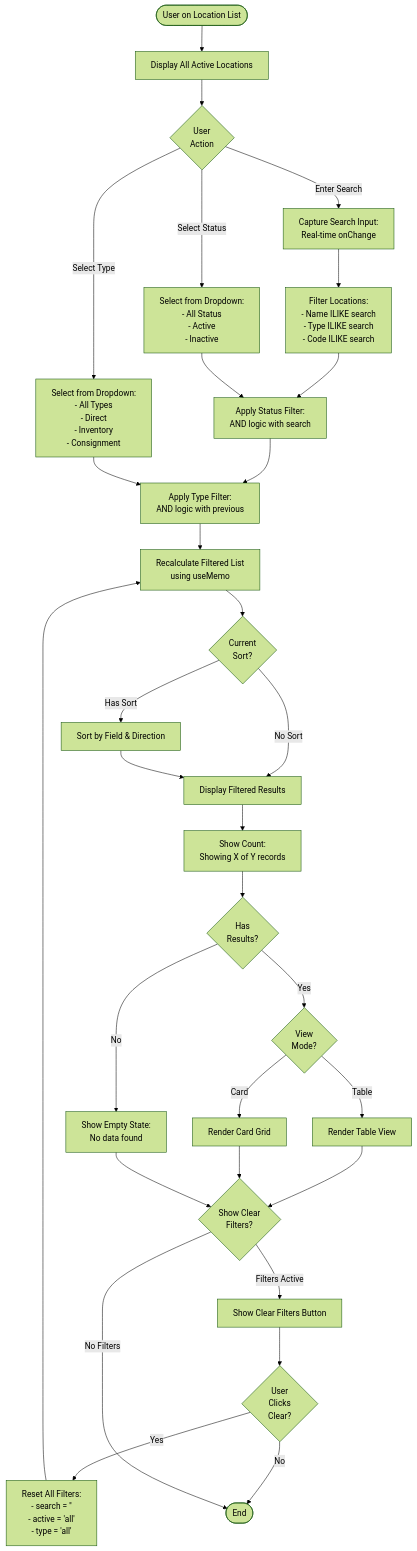
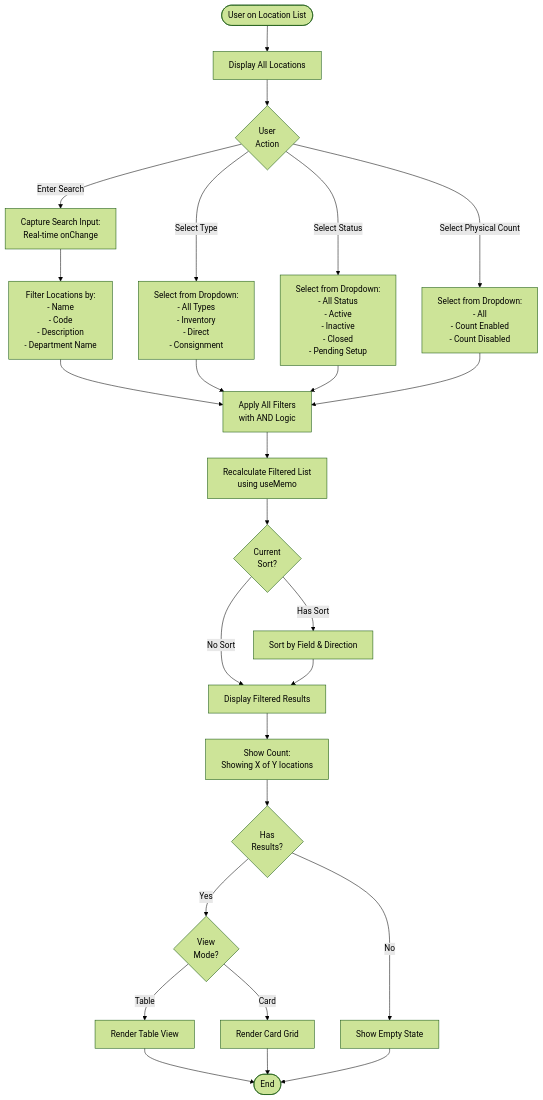
Before and after one commit to CarmenSoftware-organization/carmen: the fifth of 12 diagrams in docs/app/system-administration/location-management/FD-location-management.md, drawn with Mermaid (forest theme). The commit also changed other lines of this file and 1788 other files, not shown here.

````diff
--- a/docs/app/system-administration/location-management/FD-location-management.md
+++ b/docs/app/system-administration/location-management/FD-location-management.md
@@ -205,45 +160,40 @@
 ```mermaid
 flowchart TD
-    Start([User on Location List]) --> InitialDisplay[Display All Active Locations]
+    Start([User on Location List]) --> InitialDisplay[Display All Locations]
 
     InitialDisplay --> SearchAction{User<br/>Action}
 
     SearchAction -->|Enter Search| CaptureSearch[Capture Search Input:<br/>Real-time onChange]
-    CaptureSearch --> FilterBySearch[Filter Locations:<br/>- Name ILIKE search<br/>- Type ILIKE search<br/>- Code ILIKE search]
-    FilterBySearch --> ApplyStatus
+    CaptureSearch --> FilterBySearch[Filter Locations by:<br/>- Name<br/>- Code<br/>- Description<br/>- Department Name]
+    FilterBySearch --> ApplyOtherFilters
 
-    SearchAction -->|Select Status| SelectStatus[Select from Dropdown:<br/>- All Status<br/>- Active<br/>- Inactive]
-    SelectStatus --> ApplyStatus[Apply Status Filter:<br/>AND logic with search]
-    ApplyStatus --> ApplyType
+    SearchAction -->|Select Type| SelectType[Select from Dropdown:<br/>- All Types<br/>- Inventory<br/>- Direct<br/>- Consignment]
+    SelectType --> ApplyOtherFilters
 
-    SearchAction -->|Select Type| SelectType[Select from Dropdown:<br/>- All Types<br/>- Direct<br/>- Inventory<br/>- Consignment]
-    SelectType --> ApplyType[Apply Type Filter:<br/>AND logic with previous]
+    SearchAction -->|Select Status| SelectStatus[Select from Dropdown:<br/>- All Status<br/>- Active<br/>- Inactive<br/>- Closed<br/>- Pending Setup]
+    SelectStatus --> ApplyOtherFilters
 
-    ApplyType --> RecalculateResults[Recalculate Filtered List<br/>using useMemo]
+    SearchAction -->|Select Physical Count| SelectCount[Select from Dropdown:<br/>- All<br/>- Count Enabled<br/>- Count Disabled]
+    SelectCount --> ApplyOtherFilters
+
+    ApplyOtherFilters[Apply All Filters<br/>with AND Logic]
+    ApplyOtherFilters --> RecalculateResults[Recalculate Filtered List<br/>using useMemo]
+
     RecalculateResults --> ApplySort{Current<br/>Sort?}
-
     ApplySort -->|Has Sort| SortResults[Sort by Field & Direction]
     ApplySort -->|No Sort| DisplayResults
     SortResults --> DisplayResults[Display Filtered Results]
 
-    DisplayResults --> ShowCount[Show Count:<br/>Showing X of Y records]
+    DisplayResults --> ShowCount[Show Count:<br/>Showing X of Y locations]
     ShowCount --> HasResults{Has<br/>Results?}
 
     HasResults -->|Yes| RenderView{View<br/>Mode?}
     RenderView -->|Table| ShowTable[Render Table View]
     RenderView -->|Card| ShowCards[Render Card Grid]
 
-    HasResults -->|No| ShowEmpty[Show Empty State:<br/>No data found]
+    HasResults -->|No| ShowEmpty[Show Empty State]
 
-    ShowTable --> ClearAction
-    ShowCards --> ClearAction
-    ShowEmpty --> ClearAction{Show Clear<br/>Filters?}
-
-    ClearAction -->|Filters Active| ShowClearButton[Show Clear Filters Button]
-    ShowClearButton --> UserClear{User<br/>Clicks<br/>Clear?}
-    UserClear -->|Yes| ResetFilters[Reset All Filters:<br/>- search = ''<br/>- active = 'all'<br/>- type = 'all']
-    ResetFilters --> RecalculateResults
-
-    UserClear -->|No| End([End])
-    ClearAction -->|No Filters| End
+    ShowTable --> End([End])
+    ShowCards --> End
+    ShowEmpty --> End
 ```
````
